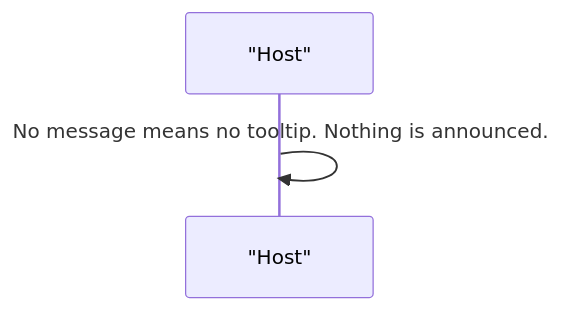
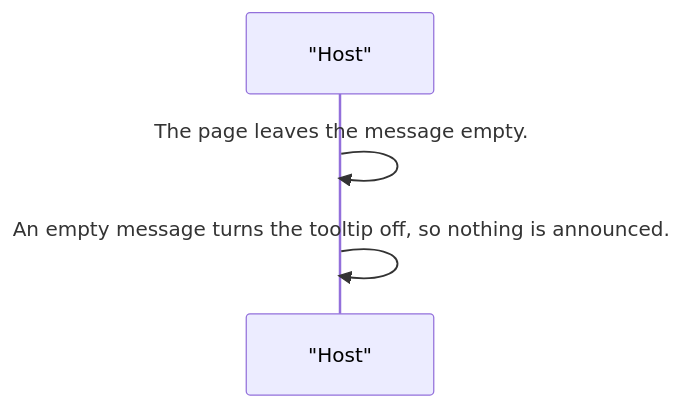
One commit to RajshekharBorate/pixel-ui changed the third of 4 diagrams in projects/pixel-ui/src/lib/pixel-tooltip/DESIGN.md. Above: the diagram before and after it, drawn with Mermaid. The commit also changed other lines of this file and 80 other files, not shown here.

Commit message:
Fill missing design flows and correct the stories that did not match component behavior.

````diff
--- a/projects/pixel-ui/src/lib/pixel-tooltip/DESIGN.md
+++ b/projects/pixel-ui/src/lib/pixel-tooltip/DESIGN.md
@@ -60,5 +63,6 @@
 ```mermaid
 sequenceDiagram
   participant host as "Host"
-  host->>host: No message means no tooltip. Nothing is announced.
+  host->>host: The page leaves the message empty.
+  host->>host: An empty message turns the tooltip off, so nothing is announced.
 ```
````
